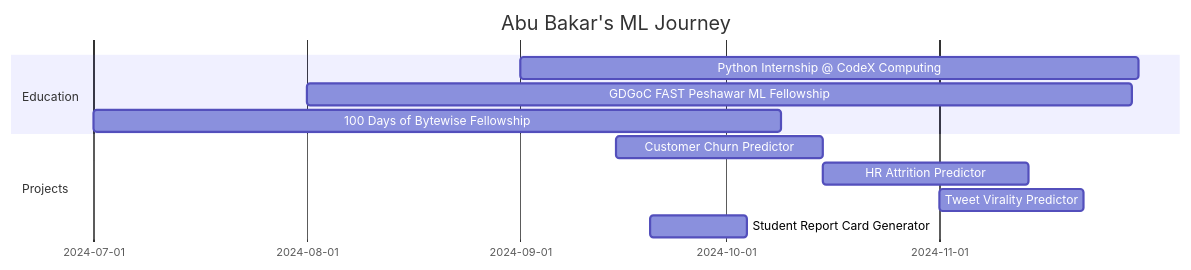
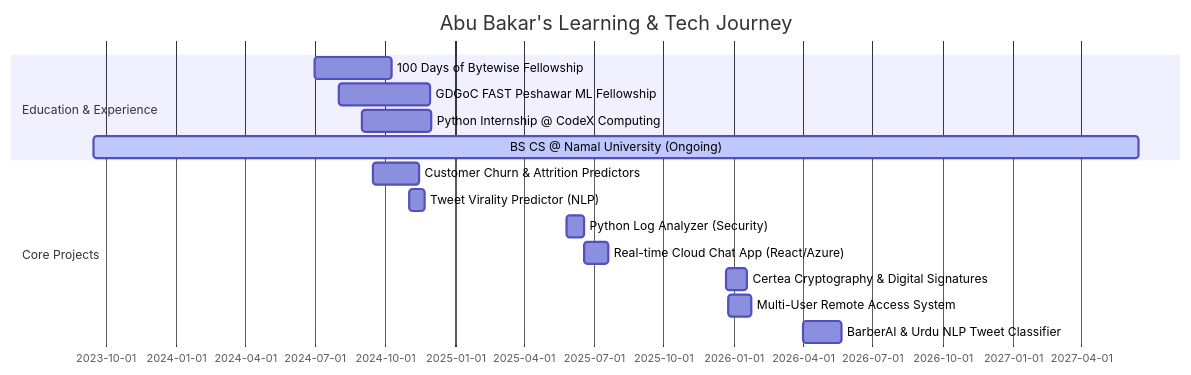
Before and after one commit to abubakarp789/abubakarp789: the diagram in README.md, drawn with Mermaid. The commit also changed other lines of this file, not shown here.

````diff
--- a/README.md
+++ b/README.md
@@ -231,15 +242,19 @@
 ```mermaid
 gantt
-    title Abu Bakar's ML Journey
+    title Abu Bakar's Learning & Tech Journey
     dateFormat  YYYY-MM-DD
-    section Education
-    Python Internship @ CodeX Computing         :a1, 2024-09-01, 90d
+    section Education & Experience
+    100 Days of Bytewise Fellowship             :a1, 2024-07-01, 100d
     GDGoC FAST Peshawar ML Fellowship           :a2, 2024-08-01, 120d
-    100 Days of Bytewise Fellowship             :a3, 2024-07-01, 100d
+    Python Internship @ CodeX Computing         :a3, 2024-09-01, 90d
+    BS CS @ Namal University (Ongoing)          :active, a4, 2023-09-15, 2027-06-15
     
-    section Projects
-    Customer Churn Predictor                    :2024-09-15, 30d
-    HR Attrition Predictor                      :2024-10-15, 30d
-    Tweet Virality Predictor                    :2024-11-01, 21d
-    Student Report Card Generator               :2024-09-20, 14d
+    section Core Projects
+    Customer Churn & Attrition Predictors       :2024-09-15, 60d
+    Tweet Virality Predictor (NLP)              :2024-11-01, 21d
+    Python Log Analyzer (Security)              :2025-05-27, 22d
+    Real-time Cloud Chat App (React/Azure)      :2025-06-18, 33d
+    Certea Cryptography & Digital Signatures   :2025-12-21, 28d
+    Multi-User Remote Access System             :2025-12-24, 31d
+    BarberAI & Urdu NLP Tweet Classifier        :2026-04-02, 50d
 ```
````
